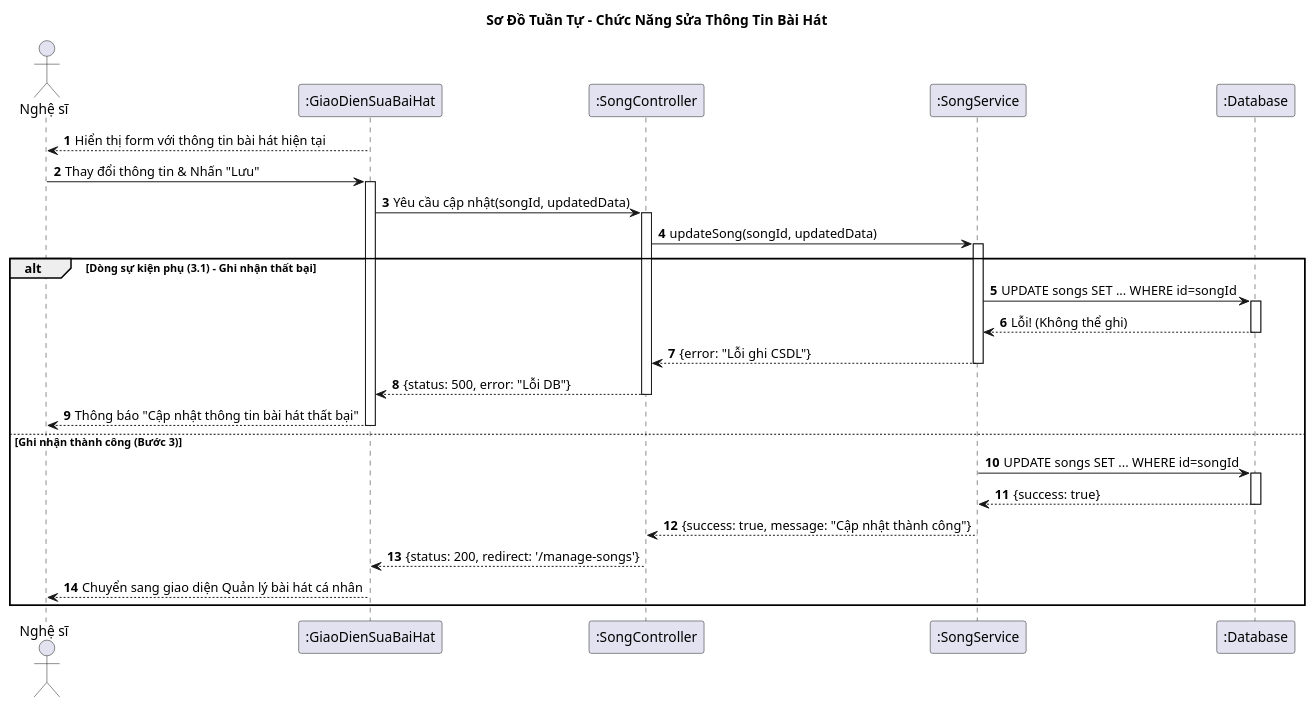
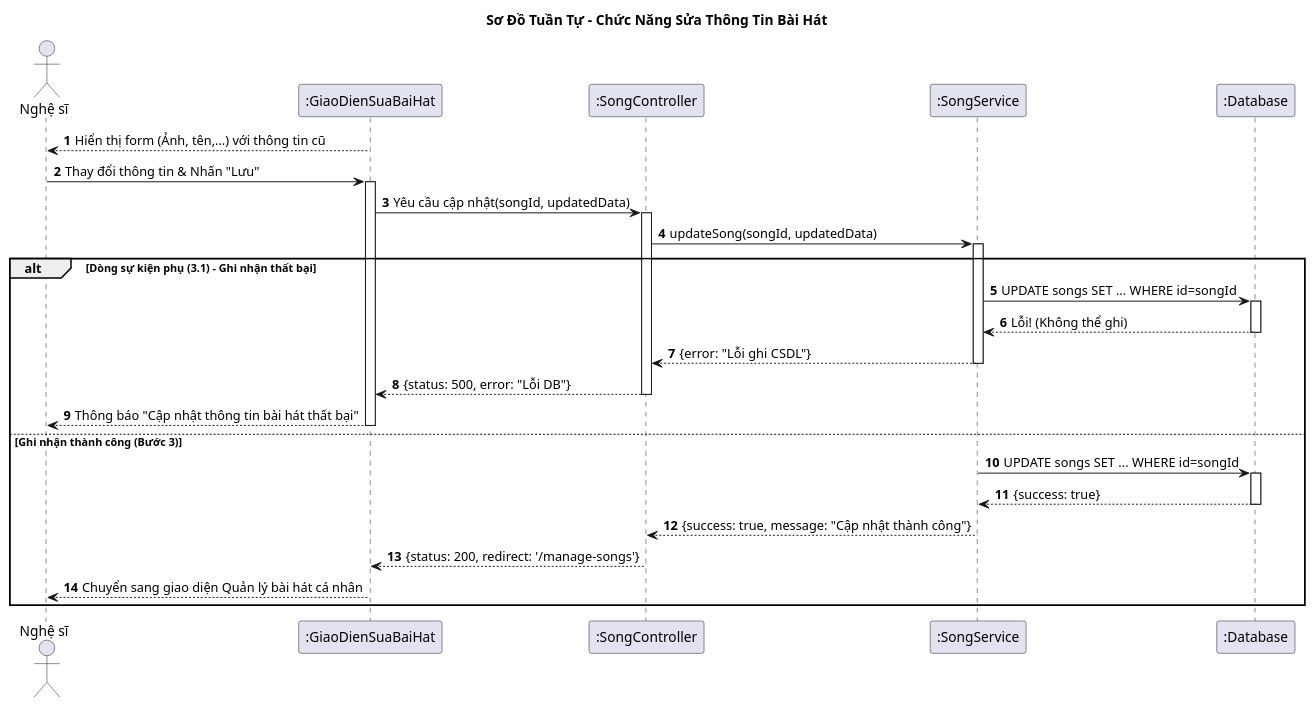
The diagram in Diagrams/SequenceDiagram/EditInformationSongSD.plantuml (vinh047/soundwave), drawn with PlantUML before and after one commit. The commit also changed 9 other files, not shown here.

Commit message:
Update: Fix Sequence Diagram from 1 to 10

```diff
--- a/Diagrams/SequenceDiagram/EditInformationSongSD.plantuml
+++ b/Diagrams/SequenceDiagram/EditInformationSongSD.plantuml
@@ -1,55 +1,55 @@
 @startuml Sequence Diagram - Sửa Thông Tin Bài Hát
 
 title Sơ Đồ Tuần Tự - Chức Năng Sửa Thông Tin Bài Hát
 
 actor "Nghệ sĩ" as Artist
 participant ":GiaoDienSuaBaiHat" as UI
 participant ":SongController" as Controller
 participant ":SongService" as Service
 participant ":Database" as DB
 
 autonumber
 
-' === Dòng sự kiện chính (bước 1): Giao diện đã được hiển thị ===
-' (Giả định nghệ sĩ đã chọn 1 bài hát và hệ thống đã tải form)
-UI --> Artist: Hiển thị form với thông tin bài hát hiện tại
+' === Dòng sự kiện chính (bước 1): Hiển thị form ===
+' (Giả định user đã ở trang Sửa thông tin)
+UI --> Artist: Hiển thị form (Ảnh, tên,...) với thông tin cũ
 
-' === Dòng sự kiện chính (bước 2): Nghệ sĩ sửa và lưu ===
+' === Dòng sự kiện chính (bước 2): Người dùng nhấn Lưu ===
 Artist -> UI: Thay đổi thông tin & Nhấn "Lưu"
 activate UI
 UI -> Controller: Yêu cầu cập nhật(songId, updatedData)
 activate Controller
 
 Controller -> Service: updateSong(songId, updatedData)
 activate Service
 
 ' === Dòng sự kiện (bước 3) & Dòng sự kiện phụ (3.1) ===
 alt Dòng sự kiện phụ (3.1) - Ghi nhận thất bại
     Service -> DB: UPDATE songs SET ... WHERE id=songId
     activate DB
     DB --> Service: Lỗi! (Không thể ghi)
     deactivate DB
     Service --> Controller: {error: "Lỗi ghi CSDL"}
     deactivate Service
     Controller --> UI: {status: 500, error: "Lỗi DB"}
     deactivate Controller
     
     UI --> Artist: Thông báo "Cập nhật thông tin bài hát thất bại"
     deactivate UI
 
 else Ghi nhận thành công (Bước 3)
     Service -> DB: UPDATE songs SET ... WHERE id=songId
     activate DB
     DB --> Service: {success: true}
     deactivate DB
     Service --> Controller: {success: true, message: "Cập nhật thành công"}
     deactivate Service
     
     ' === Dòng sự kiện chính (bước 4): Chuyển giao diện ===
     Controller --> UI: {status: 200, redirect: '/manage-songs'}
     deactivate Controller
     
     UI --> Artist: Chuyển sang giao diện Quản lý bài hát cá nhân
     deactivate UI
 end
 @enduml
```
